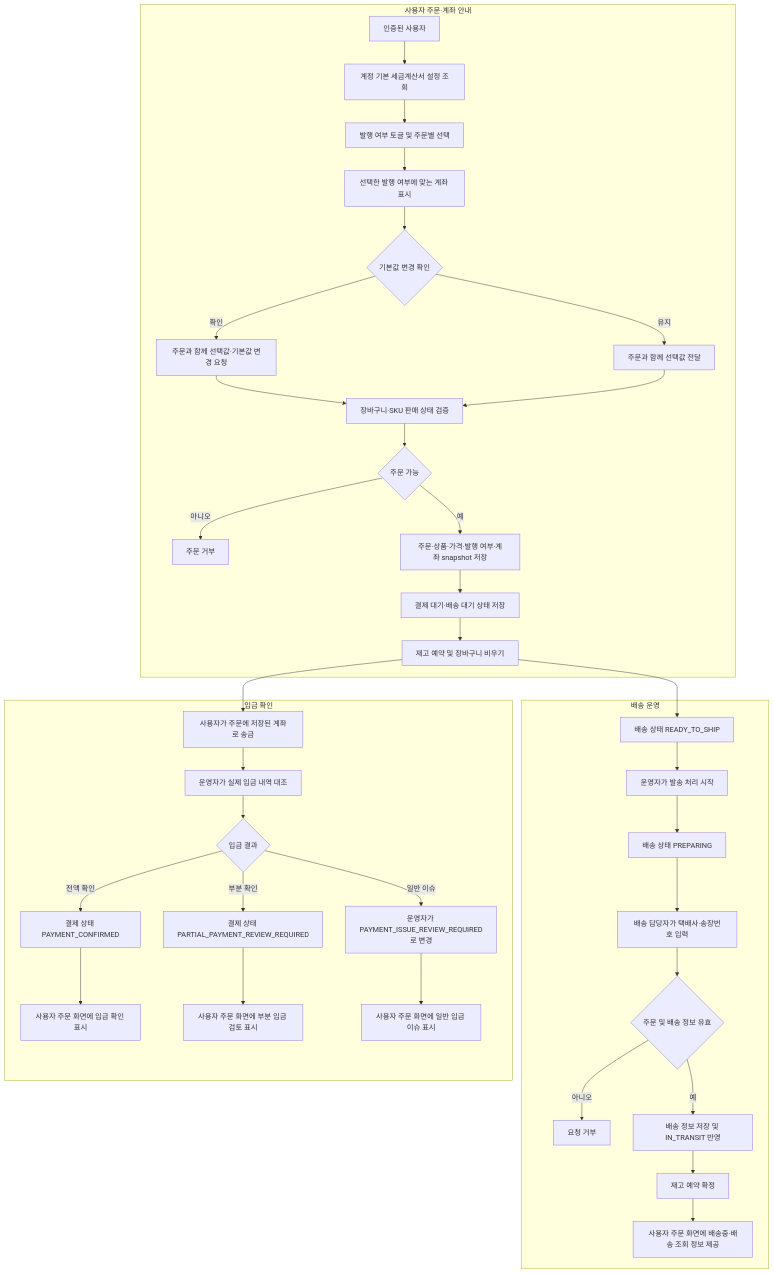
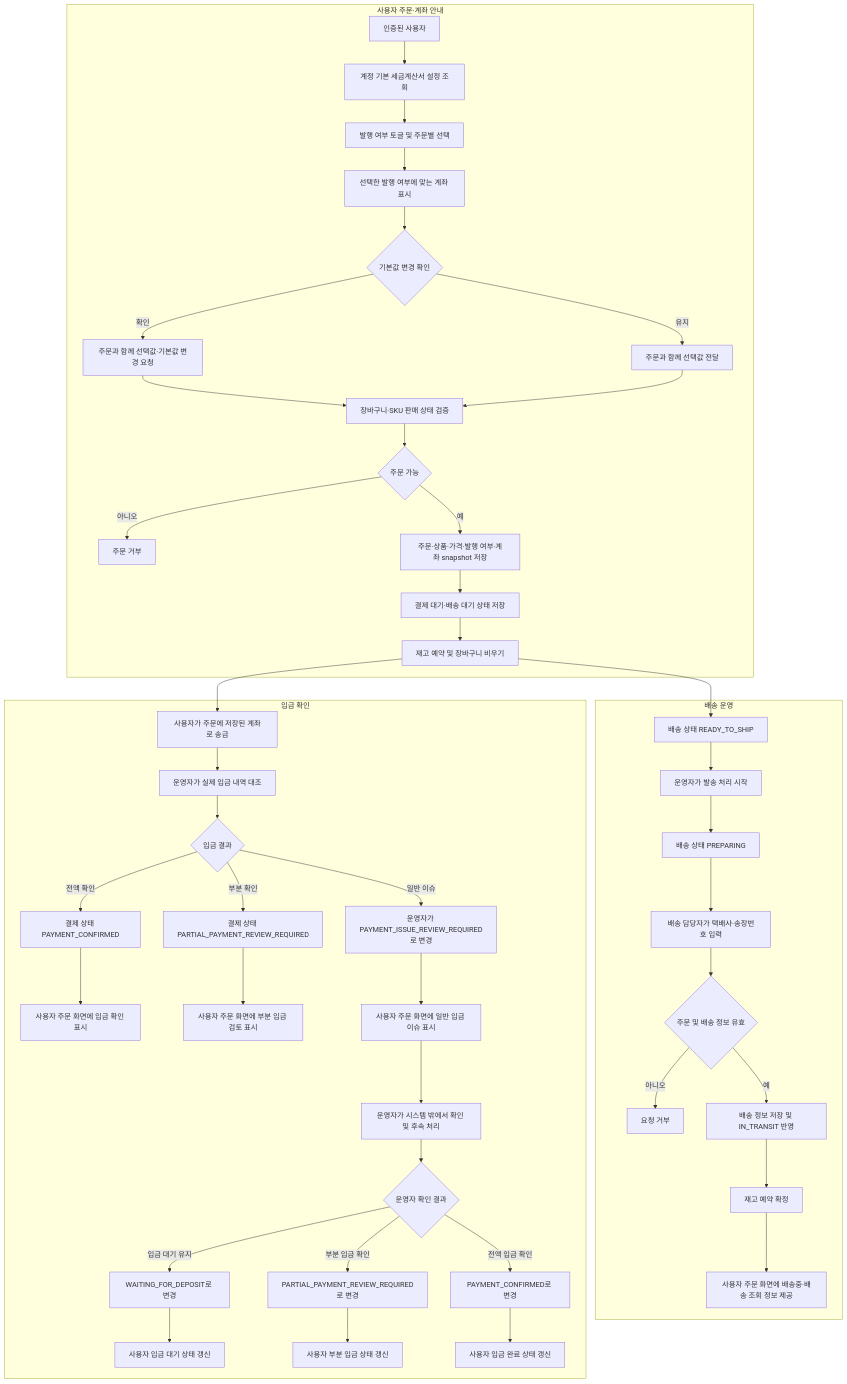
The first of 2 diagrams in docs/services/order.md (DongHyeonEom/umji-market-api), drawn with Mermaid before and after one commit. The commit also changed other lines of this file and 2 other files, not shown here.

Commit message:
docs: define payment issue follow-up flow

````diff
--- a/docs/services/order.md
+++ b/docs/services/order.md
@@ -11,42 +11,50 @@
 ```mermaid
 flowchart TD
     subgraph CHECKOUT[사용자 주문·계좌 안내]
         A[인증된 사용자] --> B[계정 기본 세금계산서 설정 조회]
         B --> C[발행 여부 토글 및 주문별 선택]
         C --> D[선택한 발행 여부에 맞는 계좌 표시]
         D --> E{기본값 변경 확인}
         E -- 확인 --> F[주문과 함께 선택값·기본값 변경 요청]
         E -- 유지 --> G[주문과 함께 선택값 전달]
         F --> H[장바구니·SKU 판매 상태 검증]
         G --> H
         H --> I{주문 가능}
         I -- 아니오 --> J[주문 거부]
         I -- 예 --> K[주문·상품·가격·발행 여부·계좌 snapshot 저장]
         K --> L[결제 대기·배송 대기 상태 저장]
         L --> M[재고 예약 및 장바구니 비우기]
     end
 
     subgraph SHIPPING[배송 운영]
         M --> N[배송 상태 READY_TO_SHIP]
         N --> O[운영자가 발송 처리 시작]
         O --> P[배송 상태 PREPARING]
         P --> Q[배송 담당자가 택배사·송장번호 입력]
         Q --> R{주문 및 배송 정보 유효}
         R -- 아니오 --> ERR[요청 거부]
         R -- 예 --> S[배송 정보 저장 및 IN_TRANSIT 반영]
         S --> T[재고 예약 확정]
         T --> U[사용자 주문 화면에 배송중·배송 조회 정보 제공]
     end
 
     subgraph PAYMENT[입금 확인]
         M --> PAY1[사용자가 주문에 저장된 계좌로 송금]
         PAY1 --> PAY2[운영자가 실제 입금 내역 대조]
         PAY2 --> PAY3{입금 결과}
         PAY3 -- 전액 확인 --> PAY4[결제 상태 PAYMENT_CONFIRMED]
         PAY3 -- 부분 확인 --> PAY5[결제 상태 PARTIAL_PAYMENT_REVIEW_REQUIRED]
         PAY3 -- 일반 이슈 --> PAY6[운영자가 PAYMENT_ISSUE_REVIEW_REQUIRED로 변경]
         PAY4 --> PAY7[사용자 주문 화면에 입금 확인 표시]
         PAY5 --> PAY8[사용자 주문 화면에 부분 입금 검토 표시]
         PAY6 --> PAY9[사용자 주문 화면에 일반 입금 이슈 표시]
+        PAY9 --> PAY10[운영자가 시스템 밖에서 확인 및 후속 처리]
+        PAY10 --> PAY11{운영자 확인 결과}
+        PAY11 -- 입금 대기 유지 --> PAY12[WAITING_FOR_DEPOSIT로 변경]
+        PAY11 -- 부분 입금 확인 --> PAY13[PARTIAL_PAYMENT_REVIEW_REQUIRED로 변경]
+        PAY11 -- 전액 입금 확인 --> PAY14[PAYMENT_CONFIRMED로 변경]
+        PAY12 --> PAY15[사용자 입금 대기 상태 갱신]
+        PAY13 --> PAY16[사용자 부분 입금 상태 갱신]
+        PAY14 --> PAY17[사용자 입금 완료 상태 갱신]
     end
 ```
````
